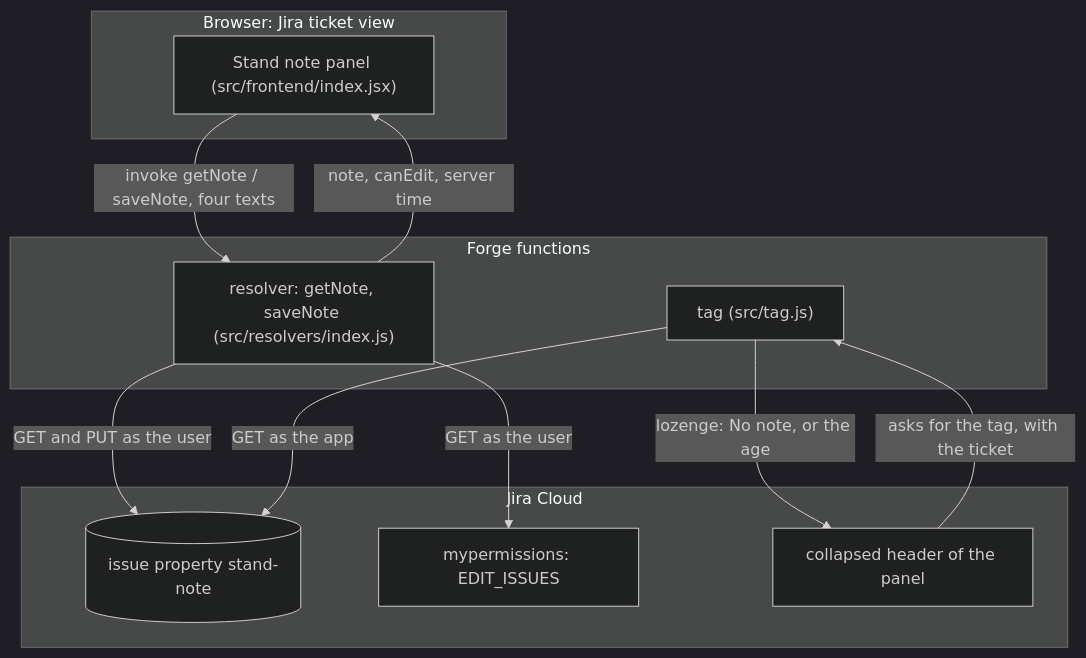
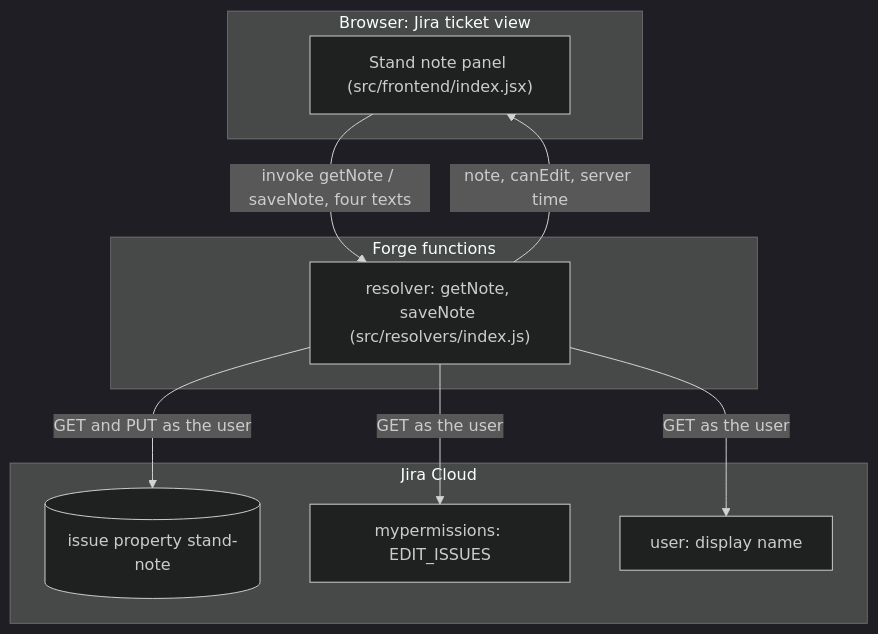
One commit to dzaffren/dogear changed the third of 5 diagrams in docs/specs/stand-note.md. Above: the diagram before and after it, drawn with Mermaid (dark theme). The commit also changed other lines of this file and 2 other files, not shown here.

````diff
--- a/docs/specs/stand-note.md
+++ b/docs/specs/stand-note.md
@@ -290,22 +287,19 @@
 ```mermaid
 flowchart TB
     subgraph browser["Browser: Jira ticket view"]
         UI["Stand note panel (src/frontend/index.jsx)"]
     end
     subgraph forge["Forge functions"]
         RES["resolver: getNote, saveNote (src/resolvers/index.js)"]
-        TAG["tag (src/tag.js)"]
     end
     subgraph jira["Jira Cloud"]
         PROP[("issue property stand-note")]
         PERM["mypermissions: EDIT_ISSUES"]
-        HEAD["collapsed header of the panel"]
+        USER["user: display name"]
     end
     UI -- "invoke getNote / saveNote, four texts" --> RES
     RES -- "note, canEdit, server time" --> UI
     RES -- "GET and PUT as the user" --> PROP
     RES -- "GET as the user" --> PERM
-    HEAD -- "asks for the tag, with the ticket" --> TAG
-    TAG -- "GET as the app" --> PROP
-    TAG -- "lozenge: No note, or the age" --> HEAD
+    RES -- "GET as the user" --> USER
 ```
````
